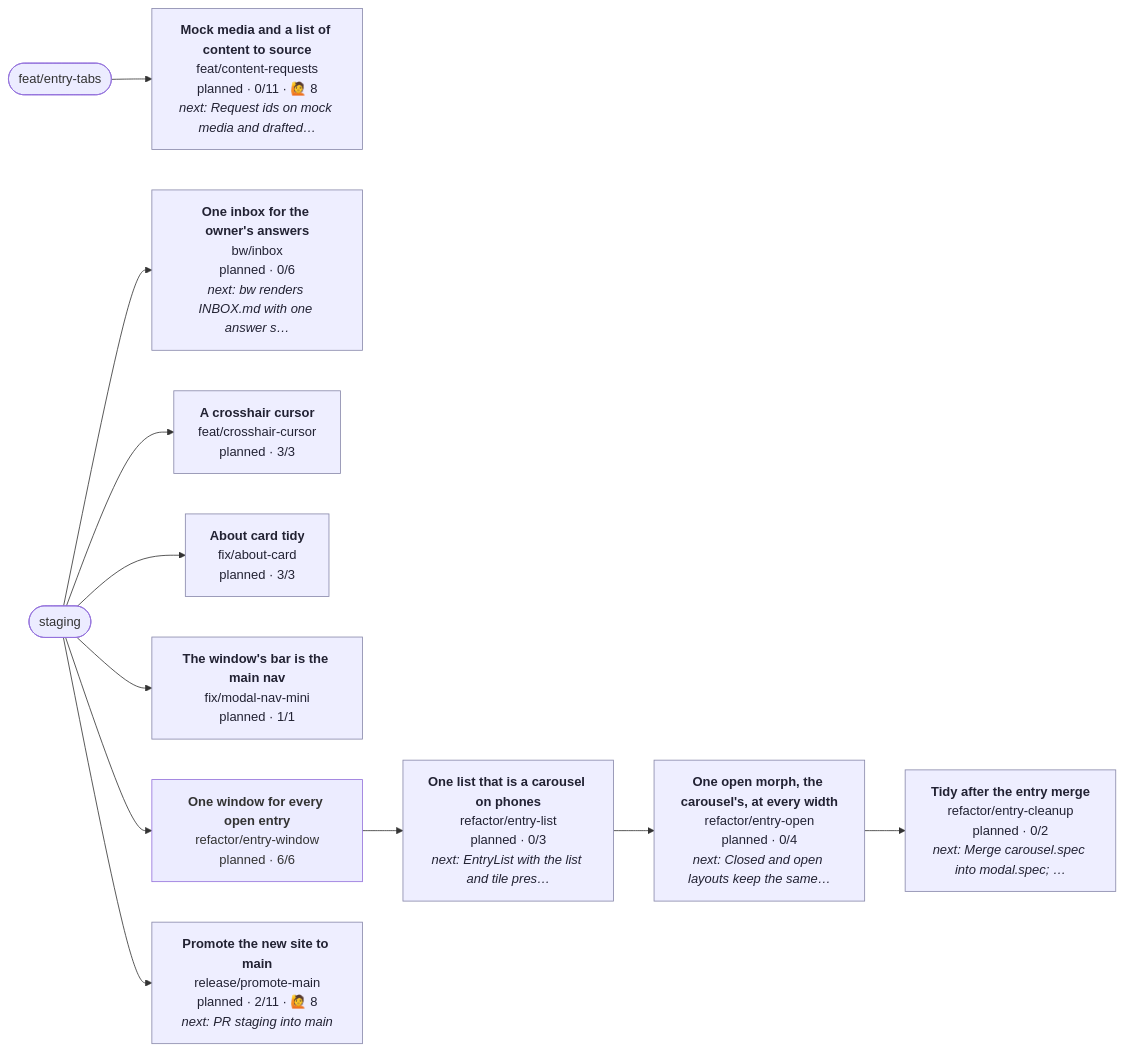
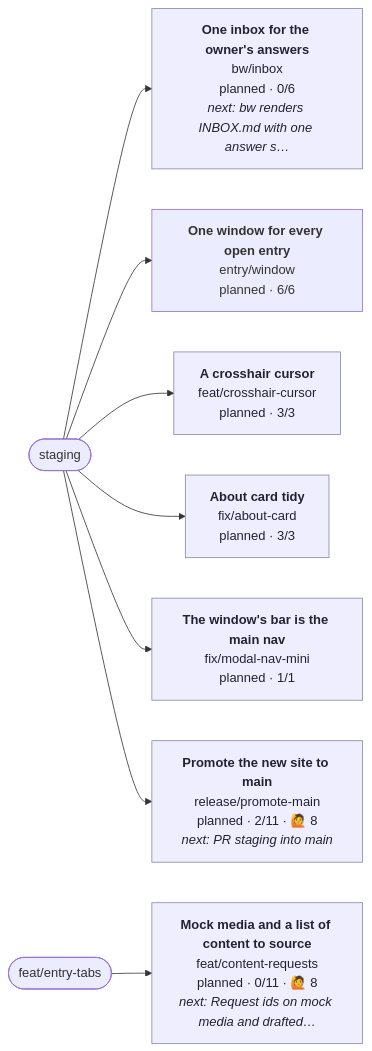
One commit to henryjonescodes/portfolio changed the diagram in CONTRIBUTING.md. Above: the diagram before and after it, drawn with Mermaid. The commit also changed other lines of this file, not shown here.

````diff
--- a/CONTRIBUTING.md
+++ b/CONTRIBUTING.md
@@ -17,40 +17,31 @@
 ```mermaid
 flowchart LR
   n_staging([staging])
   n_feat_entry_tabs([feat/entry-tabs])
   n_bw_inbox["<b>One inbox for the owner's answers</b><br/>bw/inbox<br/>planned · 0/6<br/><i>next: bw renders INBOX.md with one answer s…</i>"]
   class n_bw_inbox planned
   n_staging --> n_bw_inbox
+  n_entry_window["<b>One window for every open entry</b><br/>entry/window<br/>planned · 6/6"]
+  class n_entry_window planned,current
+  n_staging --> n_entry_window
   n_feat_content_requests["<b>Mock media and a list of content to source</b><br/>feat/content-requests<br/>planned · 0/11 · 🙋 8<br/><i>next: Request ids on mock media and drafted…</i>"]
   class n_feat_content_requests planned
   n_feat_entry_tabs --> n_feat_content_requests
   n_feat_crosshair_cursor["<b>A crosshair cursor</b><br/>feat/crosshair-cursor<br/>planned · 3/3"]
   class n_feat_crosshair_cursor planned
   n_staging --> n_feat_crosshair_cursor
   n_fix_about_card["<b>About card tidy</b><br/>fix/about-card<br/>planned · 3/3"]
   class n_fix_about_card planned
   n_staging --> n_fix_about_card
   n_fix_modal_nav_mini["<b>The window's bar is the main nav</b><br/>fix/modal-nav-mini<br/>planned · 1/1"]
   class n_fix_modal_nav_mini planned
   n_staging --> n_fix_modal_nav_mini
-  n_refactor_entry_cleanup["<b>Tidy after the entry merge</b><br/>refactor/entry-cleanup<br/>planned · 0/2<br/><i>next: Merge carousel.spec into modal.spec; …</i>"]
-  class n_refactor_entry_cleanup planned
-  n_refactor_entry_open --> n_refactor_entry_cleanup
-  n_refactor_entry_list["<b>One list that is a carousel on phones</b><br/>refactor/entry-list<br/>planned · 0/3<br/><i>next: EntryList with the list and tile pres…</i>"]
-  class n_refactor_entry_list planned
-  n_refactor_entry_window --> n_refactor_entry_list
-  n_refactor_entry_open["<b>One open morph, the carousel's, at every width</b><br/>refactor/entry-open<br/>planned · 0/4<br/><i>next: Closed and open layouts keep the same…</i>"]
-  class n_refactor_entry_open planned
-  n_refactor_entry_list --> n_refactor_entry_open
-  n_refactor_entry_window["<b>One window for every open entry</b><br/>refactor/entry-window<br/>planned · 6/6"]
-  class n_refactor_entry_window planned,current
-  n_staging --> n_refactor_entry_window
   n_release_promote_main["<b>Promote the new site to main</b><br/>release/promote-main<br/>planned · 2/11 · 🙋 8<br/><i>next: PR staging into main</i>"]
   class n_release_promote_main planned
   n_staging --> n_release_promote_main
   classDef planned fill:#eef,stroke:#88a,color:#223
   classDef active fill:#dfd,stroke:#3a3,stroke-width:3px,color:#132
   classDef blocked fill:#fdd,stroke:#c33,color:#311
   classDef review fill:#ffd,stroke:#cc3,color:#331
   classDef current stroke:#06c,stroke-width:4px
 ```
````
